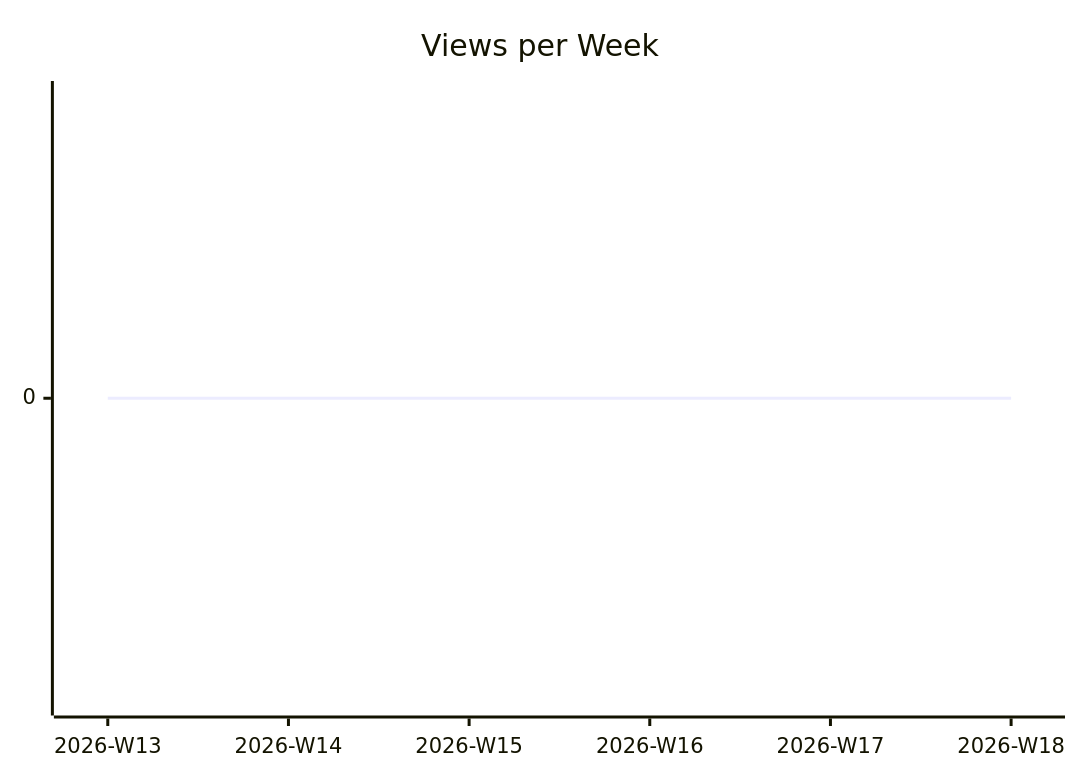
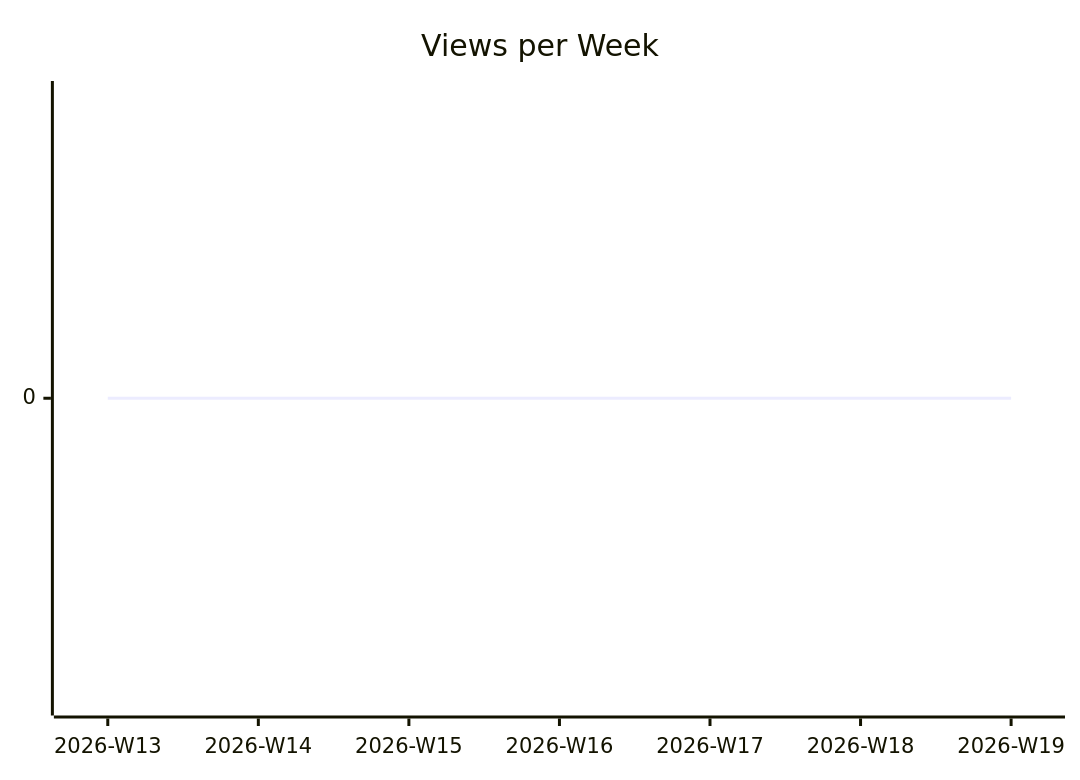
Before and after one commit to justdavis-family/github-analytics-data: the second of 3 diagrams in karlmdavis/lego-ev3dev-rs/README.md, drawn with Mermaid. The commit also changed other lines of this file and 187 other files, not shown here.

````diff
--- a/karlmdavis/lego-ev3dev-rs/README.md
+++ b/karlmdavis/lego-ev3dev-rs/README.md
@@ -12,6 +12,6 @@
 ```mermaid
 xychart-beta
   title "Views per Week"
-  x-axis ["2026-W13", "2026-W14", "2026-W15", "2026-W16", "2026-W17", "2026-W18"]
-  line [0, 0, 0, 0, 0, 0]
+  x-axis ["2026-W13", "2026-W14", "2026-W15", "2026-W16", "2026-W17", "2026-W18", "2026-W19"]
+  line [0, 0, 0, 0, 0, 0, 0]
 ```
````
